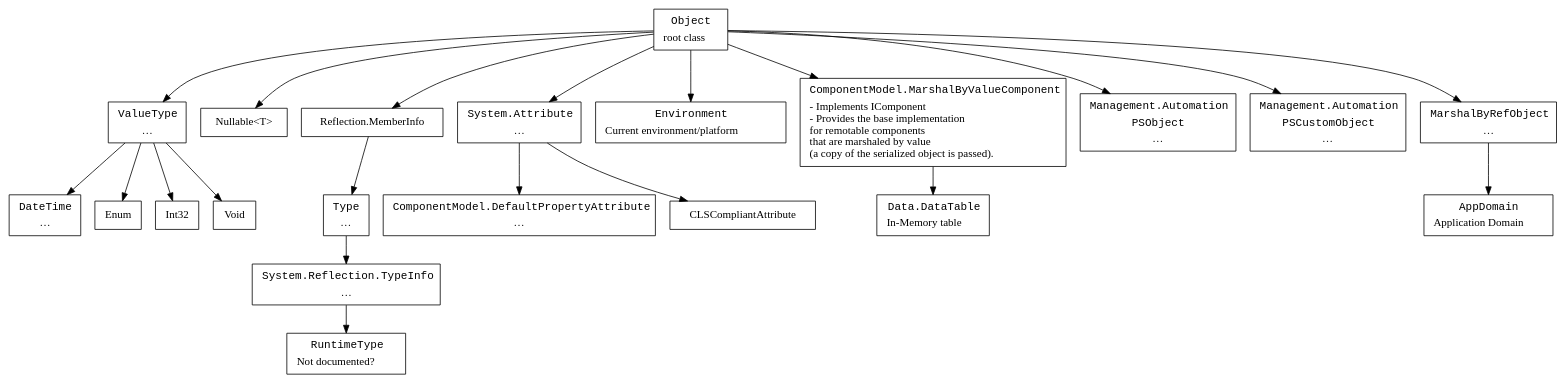
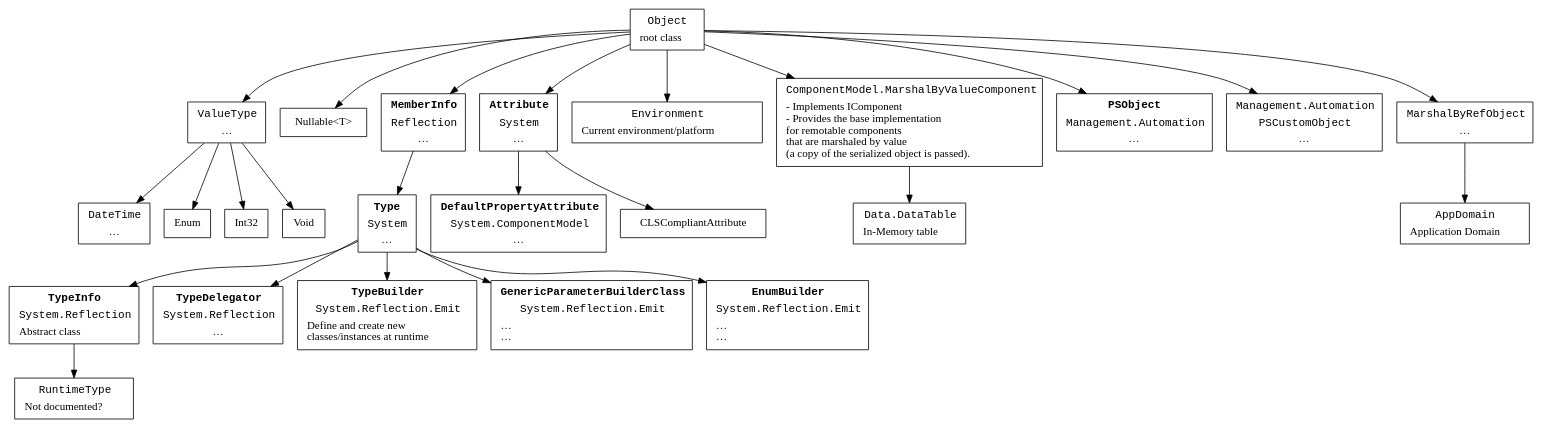
Before and after one commit to ReneNyffenegger/temp-dotNet: the diagram in namespaces/hierarchy.dot, drawn with Graphviz.

```diff
--- a/namespaces/hierarchy.dot
+++ b/namespaces/hierarchy.dot
@@ -1,87 +1,137 @@
 digraph hierarchy {
 
     node [ shape=box ]
    
     System_Object[ label=< <table border="0"><tr><td align="text"><font face="Courier">Object</font></td></tr><tr><td align="text">root class<br align="left"/></td></tr></table> > ];
 
 
     System_ValueType [ label=< <table border="0"><tr><td align="text"><font face="Courier">ValueType</font></td></tr><tr><td>…</td></tr></table> > ];
     System_DateTime [ label=< <table border="0"><tr><td align="text"><font face="Courier">DateTime</font></td></tr><tr><td>…</td></tr></table> > ];
 
     System_Enum [ label = "Enum" ];
 
     System_Int32 [ label = "Int32" ];
 
     System_Void [ label = "Void" ];
 
     System_Nullable [ label = "Nullable<T>" ];
 
-    System_Reflection_Memberinfo [ label = "Reflection.MemberInfo" ];
-    System_Reflection_TypeInfo [ label=< <table border="0"><tr><td align="text"><font face="Courier">System.Reflection.TypeInfo</font></td></tr><tr><td>…</td></tr></table> > ];
+//  System_Reflection_Memberinfo [ label = "Reflection.MemberInfo" ];
 
-    System_Type [ label=< <table border="0"><tr><td align="text"><font face="Courier">Type</font></td></tr><tr><td>…</td></tr></table> > ];
+    System_Reflection_Memberinfo [ label=< <table border="0">
+       <tr><td align="text"><font face="Courier"><b>MemberInfo</b></font></td></tr>
+       <tr><td align="text"><font face="Courier">Reflection</font></td></tr>
+       <tr><td>…</td></tr></table> > ];
+
+    System_Reflection_TypeInfo [ label=< <table border="0">
+       <tr><td align="text"><font face="Courier"><b>TypeInfo</b></font></td></tr>
+       <tr><td><font face="Courier">System.Reflection</font></td></tr>
+       <tr><td align="text">Abstract class<br align="left"/></td></tr></table> > ];
+
+    System_Reflection_TypeDelegator [ label=< <table border="0">
+       <tr><td align="text"><font face="Courier"><b>TypeDelegator</b></font></td></tr>
+       <tr><td align="text"><font face="Courier">System.Reflection</font></td></tr>
+       <tr><td>…</td></tr></table> > ];
+
+    System_Reflection_Emit_TypeBuilder [ label=< <table border="0">
+       <tr><td align="text"><font face="Courier"><b>TypeBuilder</b></font></td></tr>
+       <tr><td align="text"><font face="Courier">System.Reflection.Emit</font></td></tr>
+       <tr><td align="text">Define and create new<br align="left"/>classes/instances at runtime<br align="left"/></td></tr>
+    </table> > ];
+
+    System_Reflection_Emit_GenericTypeParameterBuilderClass [ label=< <table border="0">
+       <tr><td align="text"><font face="Courier"><b>GenericParameterBuilderClass</b></font></td></tr>
+       <tr><td align="text"><font face="Courier">System.Reflection.Emit</font></td></tr>
+       <tr><td align="text">…<br align="left"/>…<br align="left"/></td></tr>
+    </table> > ];
+
+    System_Reflection_Emit_EnumBuilder [ label=< <table border="0">
+       <tr><td align="text"><font face="Courier"><b>EnumBuilder</b></font></td></tr>
+       <tr><td align="text"><font face="Courier">System.Reflection.Emit</font></td></tr>
+       <tr><td align="text">…<br align="left"/>…<br align="left"/></td></tr>
+    </table> > ];
+
+    System_Type [ label=< <table border="0">
+       <tr><td align="text"><font face="Courier"><b>Type</b></font></td></tr>
+       <tr><td align="text"><font face="Courier">System</font></td></tr>
+       <tr><td>…</td></tr></table> > ];
+
     System_Type -> System_Reflection_TypeInfo;
+    System_Type -> System_Reflection_TypeDelegator;
+    System_Type -> System_Reflection_Emit_TypeBuilder;
+    System_Type -> System_Reflection_Emit_GenericTypeParameterBuilderClass;
+    System_Type -> System_Reflection_Emit_EnumBuilder;
 
     System_Object -> System_ValueType;
 
     System_Object -> System_Nullable;
 
-    System_Attribute [ label=< <table border="0"><tr><td align="text"><font face="Courier">System.Attribute</font></td></tr><tr><td>…</td></tr></table> > ];
-    System_DefaultPropertyAttribute [ label=< <table border="0"><tr><td align="text"><font face="Courier">ComponentModel.DefaultPropertyAttribute</font></td></tr><tr><td>…</td></tr></table> > ];
+//  System_Attribute [ label=< <table border="0"><tr><td align="text"><font face="Courier">System.Attribute</font></td></tr><tr><td>…</td></tr></table> > ];
+    System_Attribute [ label=< <table border="0">
+       <tr><td align="text"><font face="Courier"><b>Attribute</b></font></td></tr>
+       <tr><td align="text"><font face="Courier">System</font></td></tr>
+       <tr><td>…</td></tr></table> > ];
+
+//  System_DefaultPropertyAttribute [ label=< <table border="0"><tr><td align="text"><font face="Courier">ComponentModel.DefaultPropertyAttribute</font></td></tr><tr><td>…</td></tr></table> > ];
+    System_DefaultPropertyAttribute [ label=< <table border="0">
+       <tr><td align="text"><font face="Courier"><b>DefaultPropertyAttribute</b></font></td></tr>
+       <tr><td align="text"><font face="Courier">System.ComponentModel</font></td></tr>
+       <tr><td>…</td></tr></table> > ];
+
     System_Environment [ label=< <table border="0"><tr><td align="text"><font face="Courier">Environment</font></td></tr><tr><td>Current environment/platform</td></tr></table> > ];
 
     System_Data_DataTable[ label=< <table border="0"><tr><td align="text"><font face="Courier">Data.DataTable</font></td></tr><tr><td align="text">In-Memory table<br align="left"/></td></tr></table> > ];
 
     System_ComponentModel_MarshalByValueComponent-> System_Data_DataTable;
 
     System_Management_Automation_PSObject [ label=< <table border="0">
+       <tr><td align="text"><font face="Courier"><b>PSObject</b></font></td></tr>
        <tr><td align="text"><font face="Courier">Management.Automation</font></td></tr>
-       <tr><td align="text"><font face="Courier">PSObject</font></td></tr>
        <tr><td>…</td></tr></table> > ];
 
     System_Management_Automation_PSCusteomObject [ label=< <table border="0">
        <tr><td align="text"><font face="Courier">Management.Automation</font></td></tr>
        <tr><td align="text"><font face="Courier">PSCustomObject</font></td></tr>
        <tr><td>…</td></tr></table> > ];
 
     System_ComponentModel_MarshalByValueComponent[ label=< <table border="0"><tr><td align="text"><font face="Courier">ComponentModel.MarshalByValueComponent</font></td></tr><tr><td align="text">- Implements IComponent<br align="left"/>- Provides the base implementation<br align="left"/>for remotable components<br align="left"/>that are marshaled by value <br align="left"/>(a copy of the serialized object is passed).<br align="left"/></td></tr></table> > ];
 
      System_MarshalByRefObject [ label=< <table border="0">
                              <tr><td align="text"><font face="Courier">MarshalByRefObject</font></td></tr>
                              <tr><td>…</td></tr></table> > ];
 
      System_AppDomain [ label=< <table border="0">
                              <tr><td align="text"><font face="Courier">AppDomain</font></td></tr>
                              <tr><td>Application Domain</td></tr></table> > ];
 
     System_CLSCompliantAttribute [ label = "CLSCompliantAttribute" ];
 
     System_ValueType -> System_Enum;
     System_ValueType -> System_DateTime;
 
     System_ValueType -> System_Int32;
 
     System_ValueType -> System_Void;
 
     System_Object -> System_Reflection_Memberinfo;
     System_Object -> System_Environment;
 
     System_Object -> System_Attribute;
 
     System_Attribute -> System_CLSCompliantAttribute;
     System_Attribute -> System_DefaultPropertyAttribute;
 
     System_Reflection_Memberinfo -> System_Type;
 
     System_RuntimeType [ label=< <table border="0"><tr><td align="text"><font face="Courier">RuntimeType</font></td></tr><tr><td>Not documented?</td></tr></table> > ];
     System_Reflection_TypeInfo -> System_RuntimeType;
 
     System_Object -> System_ComponentModel_MarshalByValueComponent;
 
     System_Object -> System_Management_Automation_PSObject;
     System_Object -> System_Management_Automation_PSCusteomObject;
 
 
    System_Object -> System_MarshalByRefObject;
    System_MarshalByRefObject -> System_AppDomain;
 }
```
